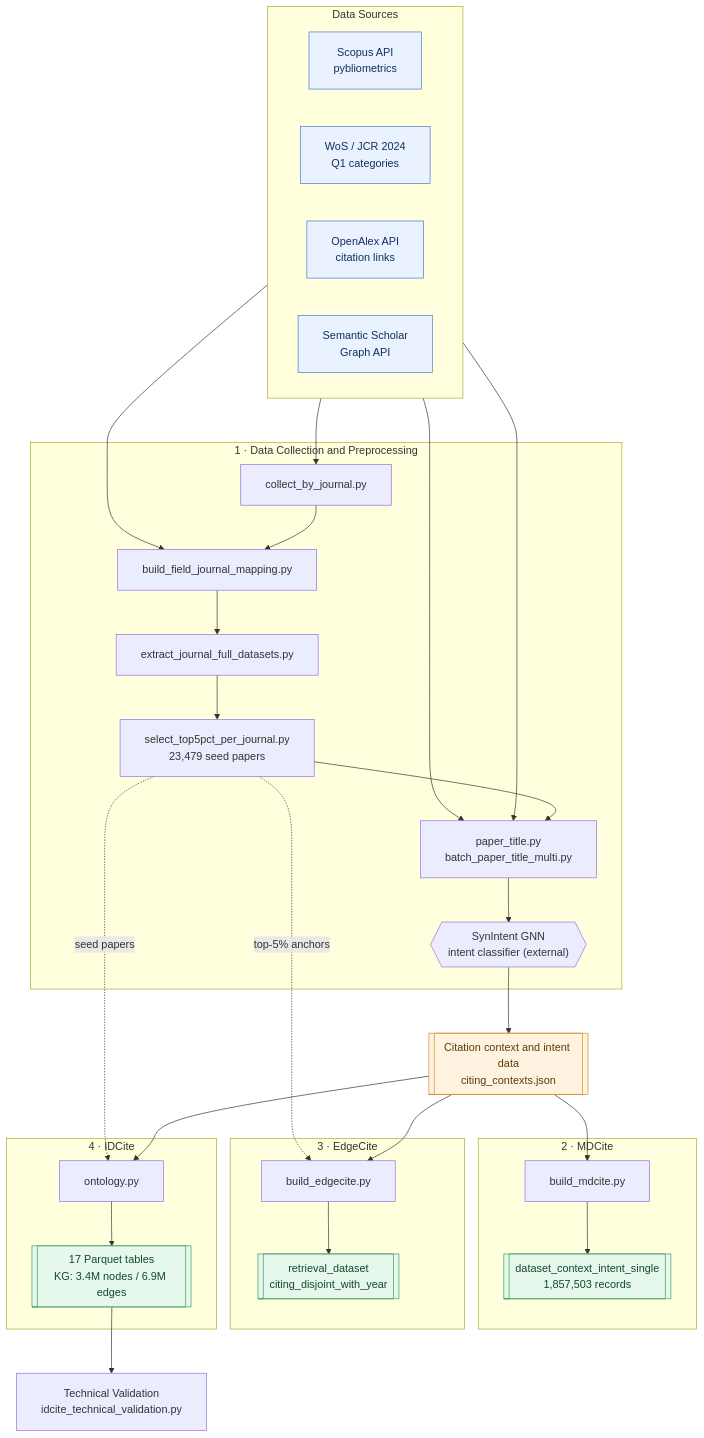
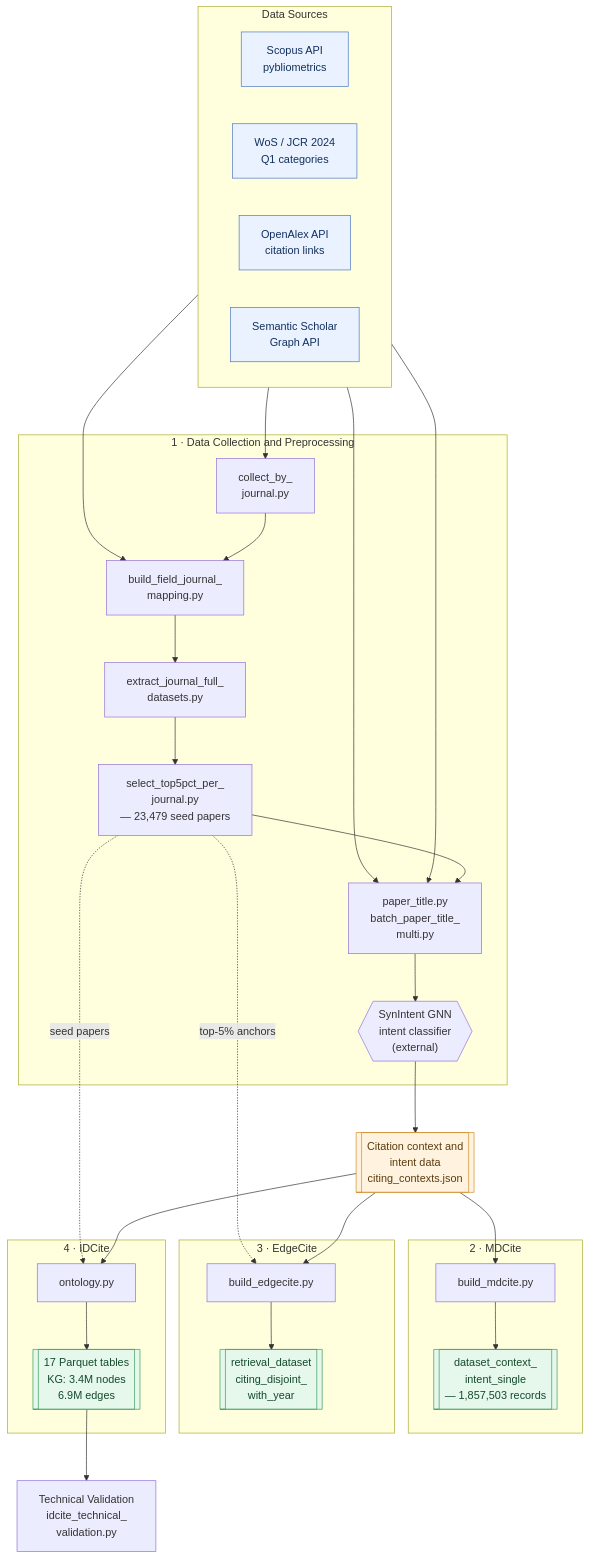
One commit to SeohyunNam/Temporal-and-Cross-Field-Robustness-of-Citation-Intent-with-Large-Language-Model changed the diagram in README.md. Above: the diagram before and after it, drawn with Mermaid.

Commit message:
Wrap long script names in overview diagram to fix text clipping
GitHub's Mermaid renderer clips long single-line node labels regardless of padding. Split long .py filenames and dataset names across multiple short lines so no line overflows its node box.

````diff
--- a/README.md
+++ b/README.md
@@ -17,54 +17,54 @@
 ```mermaid
-%%{init: {"flowchart": {"htmlLabels": true, "padding": 18, "nodeSpacing": 55, "rankSpacing": 65}}}%%
+%%{init: {"flowchart": {"padding": 16, "nodeSpacing": 55, "rankSpacing": 70}}}%%
 flowchart TD
     subgraph SRC["Data Sources"]
         direction LR
         S1["Scopus API<br/>pybliometrics"]
         S2["WoS / JCR 2024<br/>Q1 categories"]
         S3["OpenAlex API<br/>citation links"]
         S4["Semantic Scholar<br/>Graph API"]
     end
 
     subgraph P1["1 · Data Collection and Preprocessing"]
-        A1["collect_by_journal.py"]
-        A2["build_field_journal_mapping.py"]
-        A3["extract_journal_full_datasets.py"]
-        A4["select_top5pct_per_journal.py<br/>23,479 seed papers"]
-        A5["paper_title.py<br/>batch_paper_title_multi.py"]
-        A6{{"SynIntent GNN<br/>intent classifier (external)"}}
+        A1["collect_by_<br/>journal.py"]
+        A2["build_field_journal_<br/>mapping.py"]
+        A3["extract_journal_full_<br/>datasets.py"]
+        A4["select_top5pct_per_<br/>journal.py<br/>— 23,479 seed papers"]
+        A5["paper_title.py<br/>batch_paper_title_<br/>multi.py"]
+        A6{{"SynIntent GNN<br/>intent classifier<br/>(external)"}}
         A1 --> A2 --> A3 --> A4 --> A5 --> A6
     end
 
-    CTX[["Citation context and intent data<br/>citing_contexts.json"]]
+    CTX[["Citation context and<br/>intent data<br/>citing_contexts.json"]]
     A6 --> CTX
 
     subgraph P2["2 · MDCite"]
-        B1["build_mdcite.py"] --> B2[["dataset_context_intent_single<br/>1,857,503 records"]]
+        B1["build_mdcite.py"] --> B2[["dataset_context_<br/>intent_single<br/>— 1,857,503 records"]]
     end
     subgraph P3["3 · EdgeCite"]
-        C1["build_edgecite.py"] --> C2[["retrieval_dataset<br/>citing_disjoint_with_year"]]
+        C1["build_edgecite.py"] --> C2[["retrieval_dataset<br/>citing_disjoint_<br/>with_year"]]
     end
     subgraph P4["4 · IDCite"]
-        D1["ontology.py"] --> D2[["17 Parquet tables<br/>KG: 3.4M nodes / 6.9M edges"]]
+        D1["ontology.py"] --> D2[["17 Parquet tables<br/>KG: 3.4M nodes<br/>6.9M edges"]]
     end
 
-    VAL["Technical Validation<br/>idcite_technical_validation.py"]
+    VAL["Technical Validation<br/>idcite_technical_<br/>validation.py"]
 
     S1 --> A1
     S2 --> A2
     S3 --> A5
     S4 --> A5
     CTX --> B1
     CTX --> C1
     CTX --> D1
     A4 -. "top-5% anchors" .-> C1
     A4 -. "seed papers" .-> D1
     D2 --> VAL
 
     classDef src fill:#eaf2ff,stroke:#4a76c4,color:#12305e;
     classDef out fill:#e6f7ec,stroke:#3a9d5d,color:#134a2c;
     classDef ctx fill:#fff3e0,stroke:#d18b28,color:#5c3b0c;
     class S1,S2,S3,S4 src;
     class B2,C2,D2 out;
     class CTX ctx;
 ```
````
